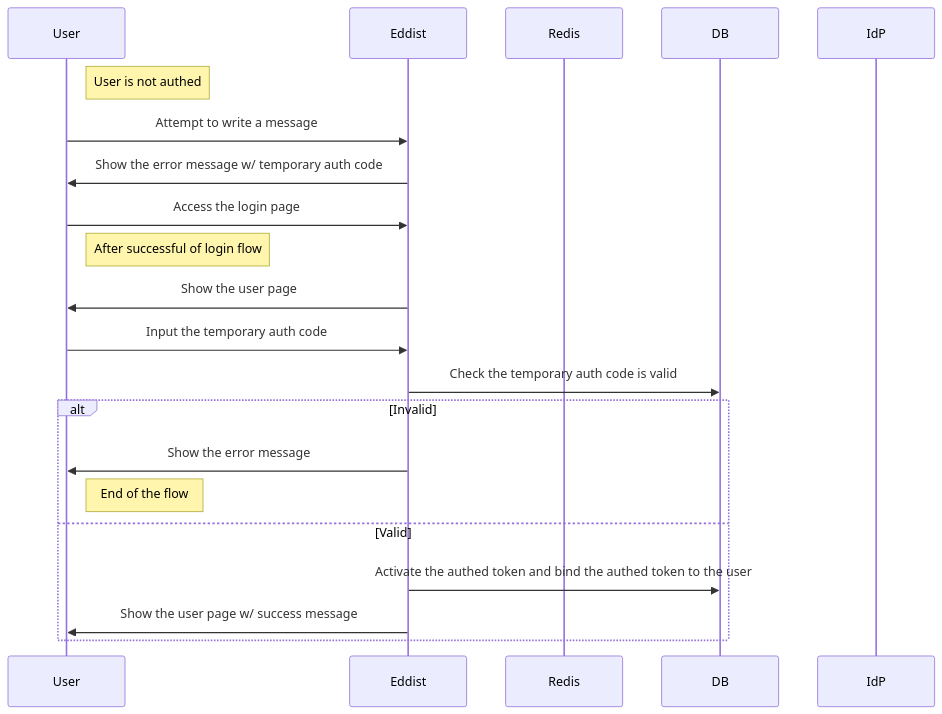
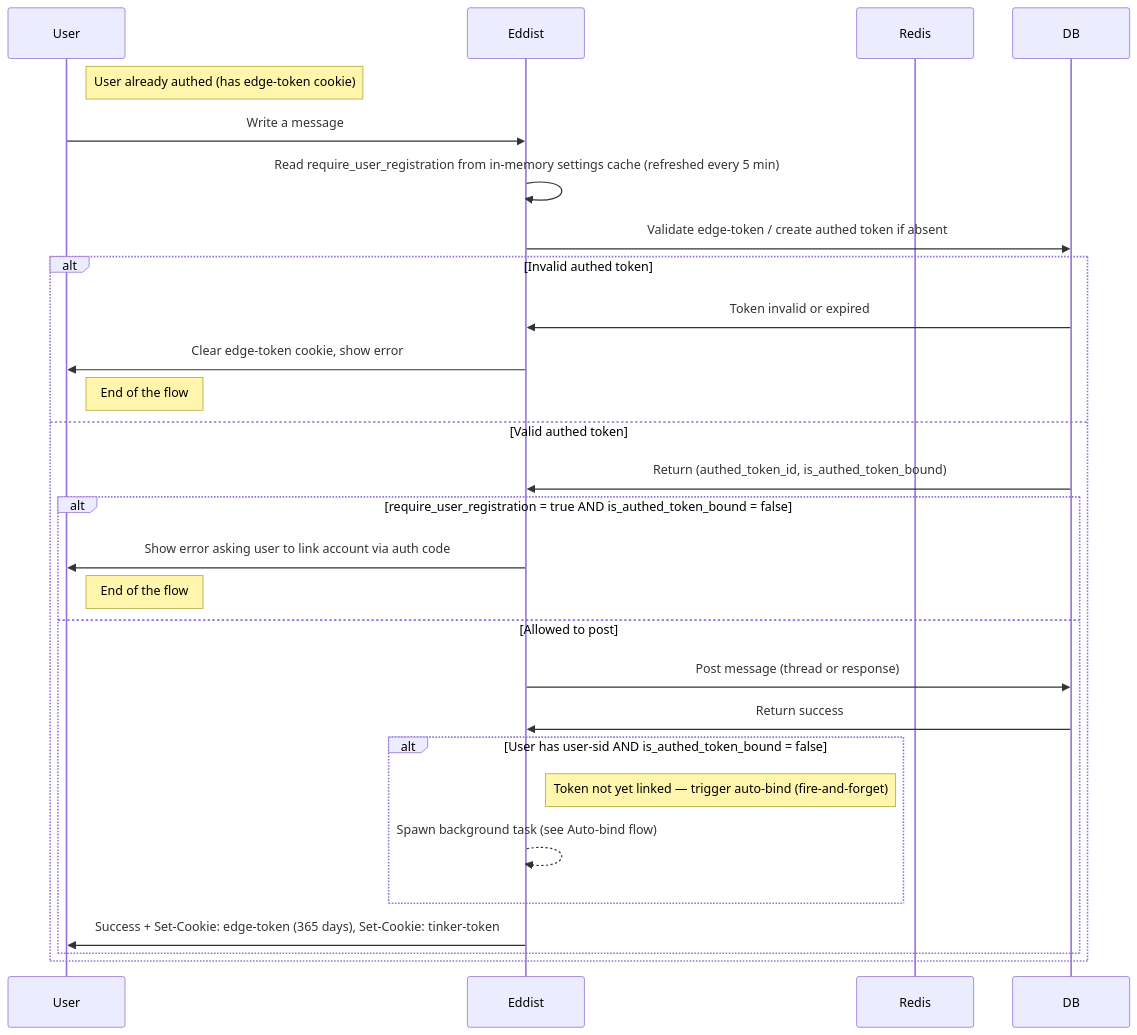
One commit to edginer/eddist changed the third of 5 diagrams in docs/user-registration.md. Above: the diagram before and after it, drawn with Mermaid. The commit also changed other lines of this file and 3 other files, not shown here.

Commit message:
feat: enhance user registration flow with optional IDP linking and enforce registration for unlinked tokens

````diff
--- a/docs/user-registration.md
+++ b/docs/user-registration.md
@@ -115,24 +174,31 @@
 ```mermaid
 sequenceDiagram
     participant User
     participant Eddist
     participant Redis
     participant DB
-    participant IdP
 
-    Note right of User: User is not authed
-    User->>Eddist: Attempt to write a message
-    Eddist->>User: Show the error message w/ temporary auth code
-    User->>Eddist: Access the login page
-    Note right of User: After successful of login flow
-    Eddist->>User: Show the user page
-    User->>Eddist: Input the temporary auth code
-    Eddist->>DB: Check the temporary auth code is valid
-    alt Invalid
-        Eddist->>User: Show the error message
+    Note right of User: User already authed (has edge-token cookie)
+    User->>Eddist: Write a message
+    Eddist->>Eddist: Read require_user_registration from in-memory settings cache (refreshed every 5 min)
+    Eddist->>DB: Validate edge-token / create authed token if absent
+    alt Invalid authed token
+        DB->>Eddist: Token invalid or expired
+        Eddist->>User: Clear edge-token cookie, show error
         Note right of User: End of the flow
-    else Valid
-        Eddist->>DB: Activate the authed token and bind the authed token to the user
-        Eddist->>User: Show the user page w/ success message
+    else Valid authed token
+        DB->>Eddist: Return (authed_token_id, is_authed_token_bound)
+        alt require_user_registration = true AND is_authed_token_bound = false
+            Eddist->>User: Show error asking user to link account via auth code
+            Note right of User: End of the flow
+        else Allowed to post
+            Eddist->>DB: Post message (thread or response)
+            DB->>Eddist: Return success
+            alt User has user-sid AND is_authed_token_bound = false
+                Note right of Eddist: Token not yet linked — trigger auto-bind (fire-and-forget)
+                Eddist-->>Eddist: Spawn background task (see Auto-bind flow)
+            end
+            Eddist->>User: Success + Set-Cookie: edge-token (365 days), Set-Cookie: tinker-token
+        end
     end
 ```
````
